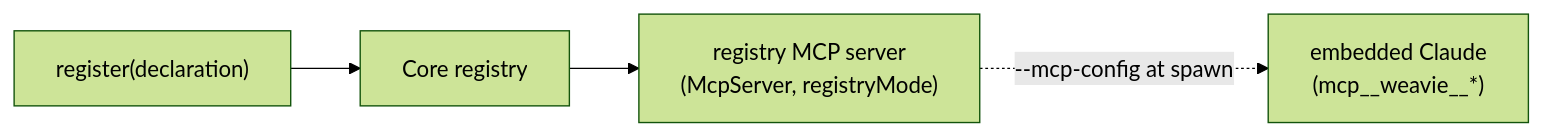
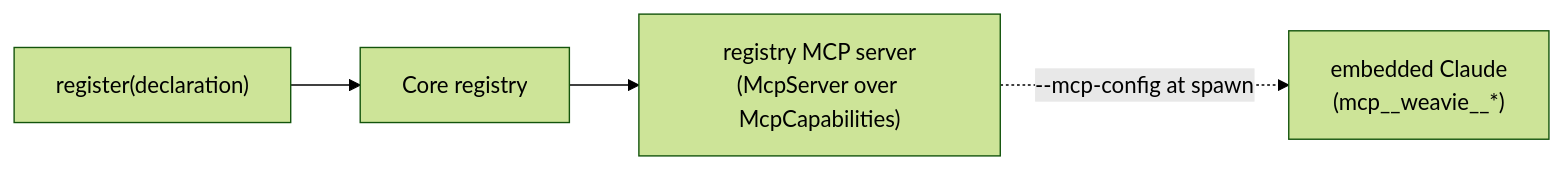
One commit to Kapps/weavie changed the diagram in docs/concepts/mcp-registry.md. Above: the diagram before and after it, drawn with Mermaid (forest theme). The commit also changed other lines of this file and 10 other files, not shown here.

First line of the commit message:
Make the registry's capabilities required and give the IDE server its own entry point

````diff
--- a/docs/concepts/mcp-registry.md
+++ b/docs/concepts/mcp-registry.md
@@ -45,6 +45,6 @@
 ```mermaid
 flowchart LR
     D["register(declaration)"] --> R[Core registry]
-    R --> M["registry MCP server<br/>(McpServer, registryMode)"]
+    R --> M["registry MCP server<br/>(McpServer over McpCapabilities)"]
     M -. "--mcp-config at spawn" .-> C["embedded Claude<br/>(mcp__weavie__*)"]
 ```
````
